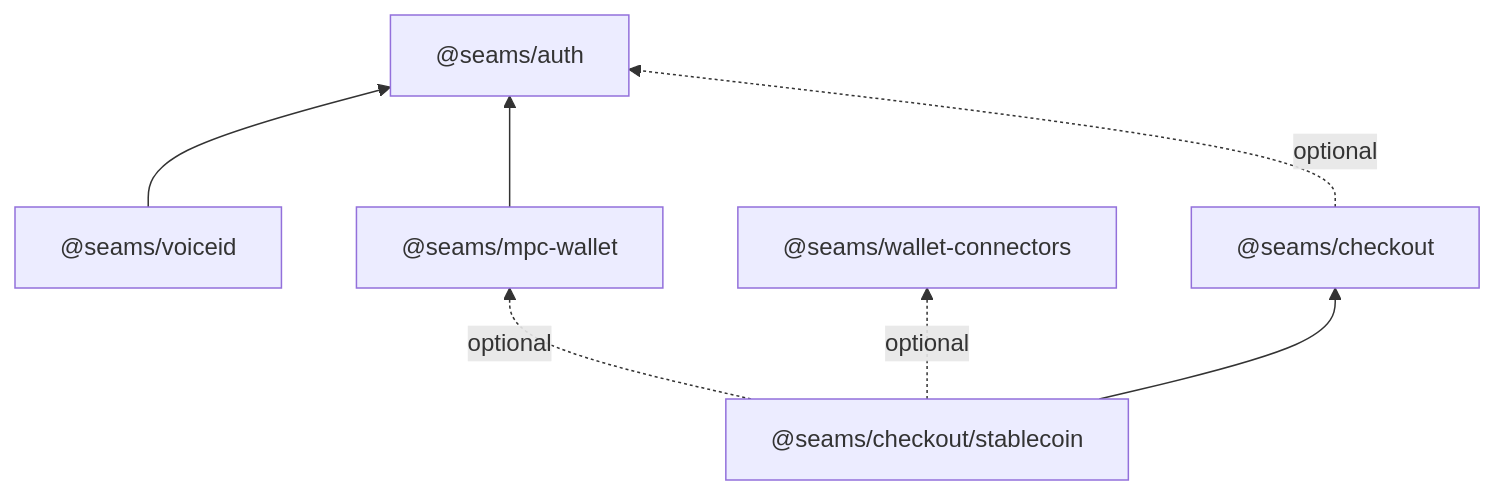
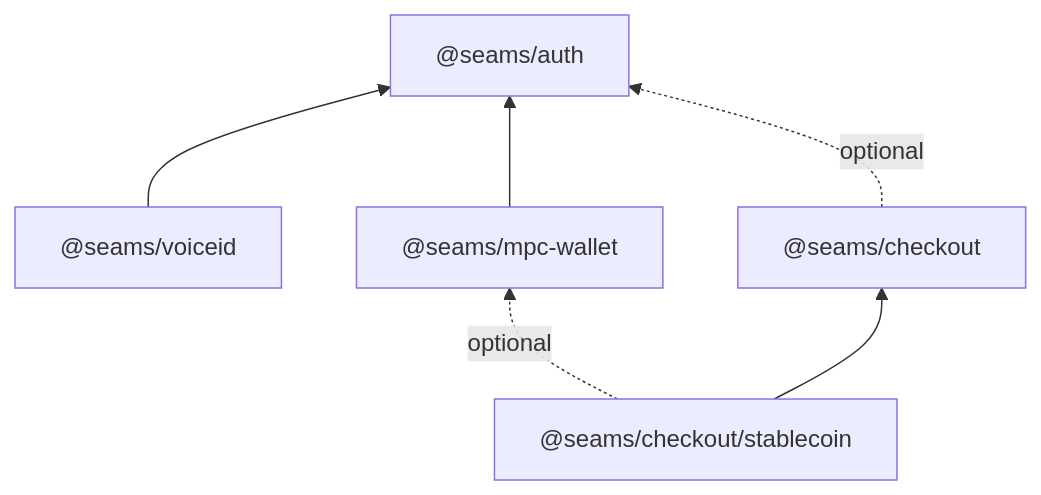
The diagram in docs/refactor-251-auth-wallet-checkout-modules.md (seams-tech/seams-wallet), drawn with Mermaid before and after one commit. The commit also changed other lines of this file and 1 other file, not shown here.

First line of the commit message:
Plan: stablecoins by QR code and address; defer the wallet connectors package

````diff
--- a/docs/refactor-251-auth-wallet-checkout-modules.md
+++ b/docs/refactor-251-auth-wallet-checkout-modules.md
@@ -235,11 +234,9 @@
 ```mermaid
 flowchart BT
     Auth["@seams/auth"]
     Voice["@seams/voiceid"] --> Auth
     Wallet["@seams/mpc-wallet"] --> Auth
-    External["@seams/wallet-connectors"]
     Checkout["@seams/checkout"] -. optional .-> Auth
     Rail["@seams/checkout/stablecoin"] -. optional .-> Wallet
-    Rail -. optional .-> External
     Rail --> Checkout
 ```
````
